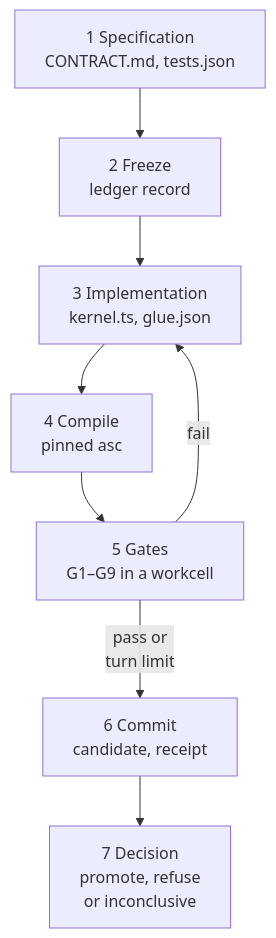
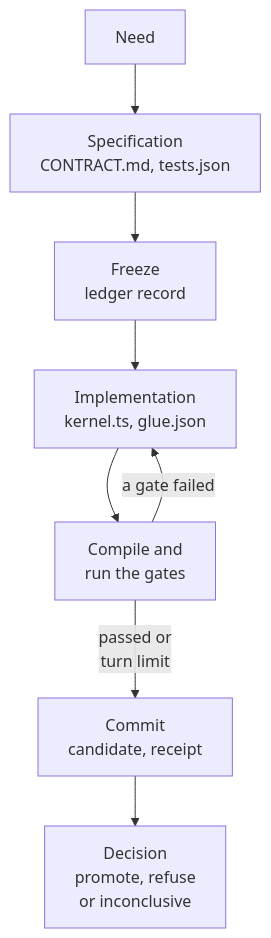
One commit to Akilleez-QA/endoforge changed the diagram in docs/architecture/candidate-loop.md. Above: the diagram before and after it, drawn with Mermaid. The commit also changed other lines of this file and 13 other files, not shown here.

````diff
--- a/docs/architecture/candidate-loop.md
+++ b/docs/architecture/candidate-loop.md
@@ -13,10 +42,10 @@
 ```mermaid
 flowchart TD
-  spec["1 Specification<br/>CONTRACT.md, tests.json"] --> freeze["2 Freeze<br/>ledger record"]
-  freeze --> impl["3 Implementation<br/>kernel.ts, glue.json"]
-  impl --> compile["4 Compile<br/>pinned asc"]
-  compile --> gates["5 Gates<br/>G1–G9 in a workcell"]
-  gates -- "fail" --> impl
-  gates -- "pass or<br/>turn limit" --> commit["6 Commit<br/>candidate, receipt"]
-  commit --> decision["7 Decision<br/>promote, refuse<br/>or inconclusive"]
+  need["Need"] --> spec["Specification<br/>CONTRACT.md, tests.json"]
+  spec --> freeze["Freeze<br/>ledger record"]
+  freeze --> impl["Implementation<br/>kernel.ts, glue.json"]
+  impl --> check["Compile and<br/>run the gates"]
+  check -- "a gate failed" --> impl
+  check -- "passed or<br/>turn limit" --> commit["Commit<br/>candidate, receipt"]
+  commit --> decision["Decision<br/>promote, refuse<br/>or inconclusive"]
 ```
````
